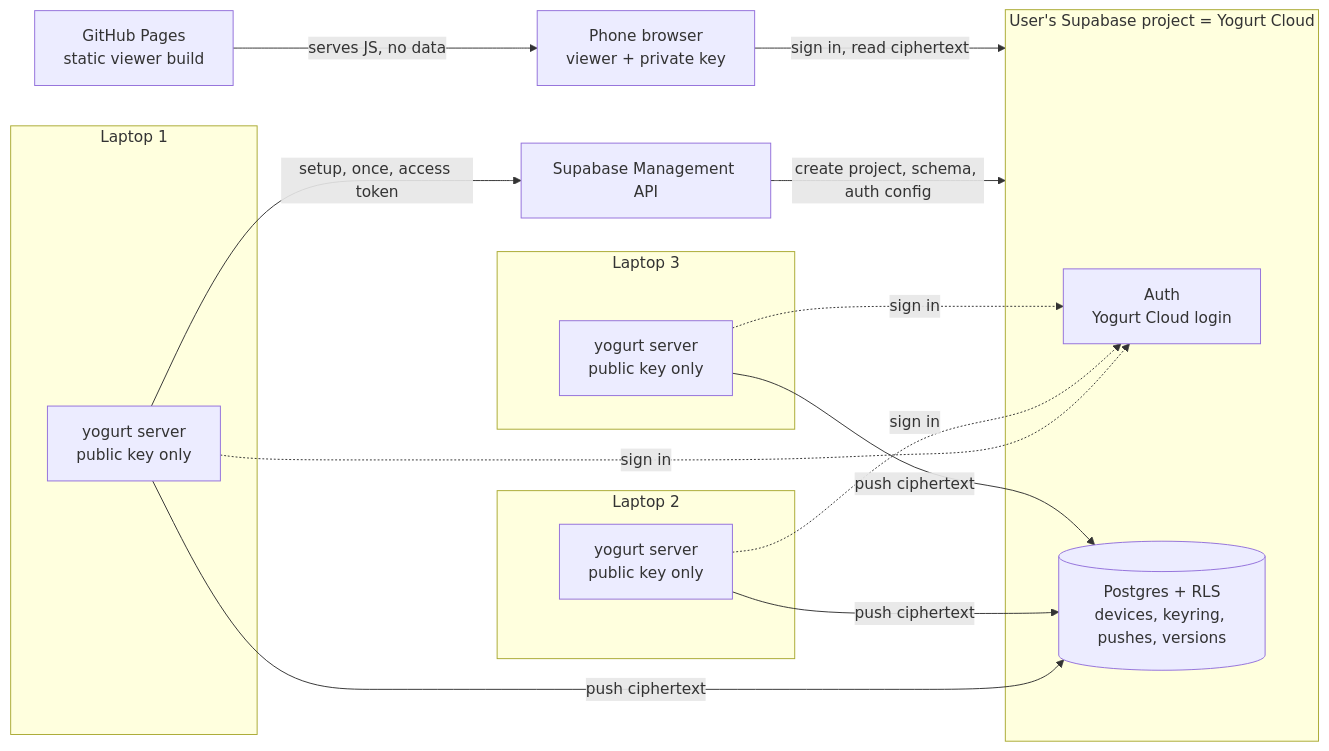
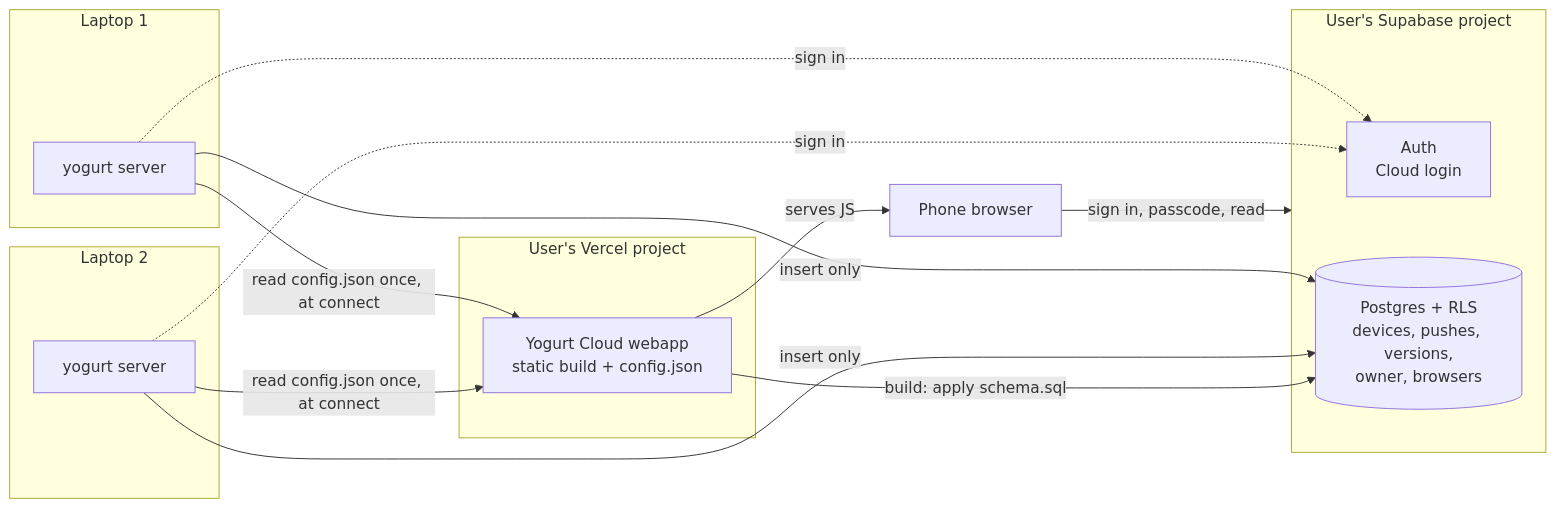
The first of 5 diagrams in docs/.planning/sync-cloud-mirror-design.md (jarvisrchen/yogurt), drawn with Mermaid before and after one commit. The commit also changed other lines of this file and 3 other files, not shown here.

First line of the commit message:
docs: SYNC redesign for a Vercel webapp with a passcode (#151)

````diff
--- a/docs/.planning/sync-cloud-mirror-design.md
+++ b/docs/.planning/sync-cloud-mirror-design.md
@@ -43,28 +46,24 @@
 ```mermaid
 flowchart LR
   subgraph L1["Laptop 1"]
-    Y1["yogurt server<br/>public key only"]
+    Y1["yogurt server"]
   end
   subgraph L2["Laptop 2"]
-    Y2["yogurt server<br/>public key only"]
+    Y2["yogurt server"]
   end
-  subgraph L3["Laptop 3"]
-    Y3["yogurt server<br/>public key only"]
+  subgraph VC["User's Vercel project"]
+    WEB["Yogurt Cloud webapp<br/>static build + config.json"]
   end
-  subgraph SB["User's Supabase project = Yogurt Cloud"]
-    AUTH["Auth<br/>Yogurt Cloud login"]
-    DB[("Postgres + RLS<br/>devices, keyring, pushes, versions")]
+  subgraph SB["User's Supabase project"]
+    AUTH["Auth<br/>Cloud login"]
+    DB[("Postgres + RLS<br/>devices, pushes, versions,<br/>owner, browsers")]
   end
-  MGMT["Supabase Management API"]
-  GH["GitHub Pages<br/>static viewer build"]
-  PH["Phone browser<br/>viewer + private key"]
+  PH["Phone browser"]
 
-  Y1 -- "setup, once, access token" --> MGMT
-  MGMT -- "create project, schema, auth config" --> SB
-  Y1 -- "push ciphertext" --> DB
-  Y2 -- "push ciphertext" --> DB
-  Y3 -- "push ciphertext" --> DB
-  Y1 & Y2 & Y3 -. "sign in" .-> AUTH
-  GH -- "serves JS, no data" --> PH
-  PH -- "sign in, read ciphertext" --> SB
+  Y1 & Y2 -- "read config.json once, at connect" --> WEB
+  Y1 & Y2 -. "sign in" .-> AUTH
+  Y1 & Y2 -- "insert only" --> DB
+  WEB -- "build: apply schema.sql" --> DB
+  WEB -- "serves JS" --> PH
+  PH -- "sign in, passcode, read" --> SB
 ```
````
